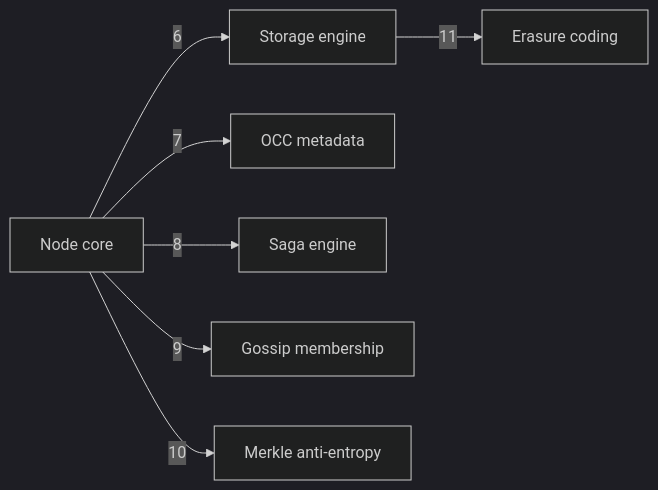
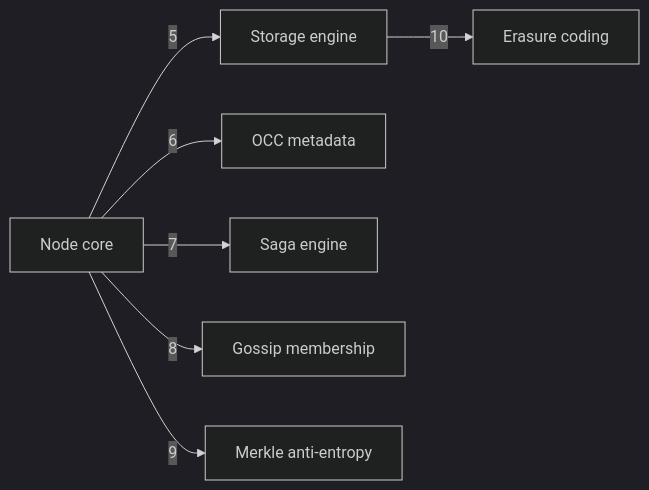
The diagram in docs/c4/diagrams/02-container-c.mmd (nickstrad/decentralized-object-store), drawn with Mermaid (dark theme) before and after one commit. The commit also changed 10 other files, not shown here.

```diff
--- a/docs/c4/diagrams/02-container-c.mmd
+++ b/docs/c4/diagrams/02-container-c.mmd
@@ -1,8 +1,8 @@
 %% draw-visual: -x 4 -y 1 -p 0
 graph LR
-  NODE[Node core] -->|6| STORAGE[Storage engine]
-  STORAGE -->|11| ERASURE[Erasure coding]
-  NODE -->|7| OCC[OCC metadata]
-  NODE -->|8| SAGA[Saga engine]
-  NODE -->|9| GOSSIP[Gossip membership]
-  NODE -->|10| MERKLE[Merkle anti-entropy]
+  NODE[Node core] -->|5| STORAGE[Storage engine]
+  STORAGE -->|10| ERASURE[Erasure coding]
+  NODE -->|6| OCC[OCC metadata]
+  NODE -->|7| SAGA[Saga engine]
+  NODE -->|8| GOSSIP[Gossip membership]
+  NODE -->|9| MERKLE[Merkle anti-entropy]
```
